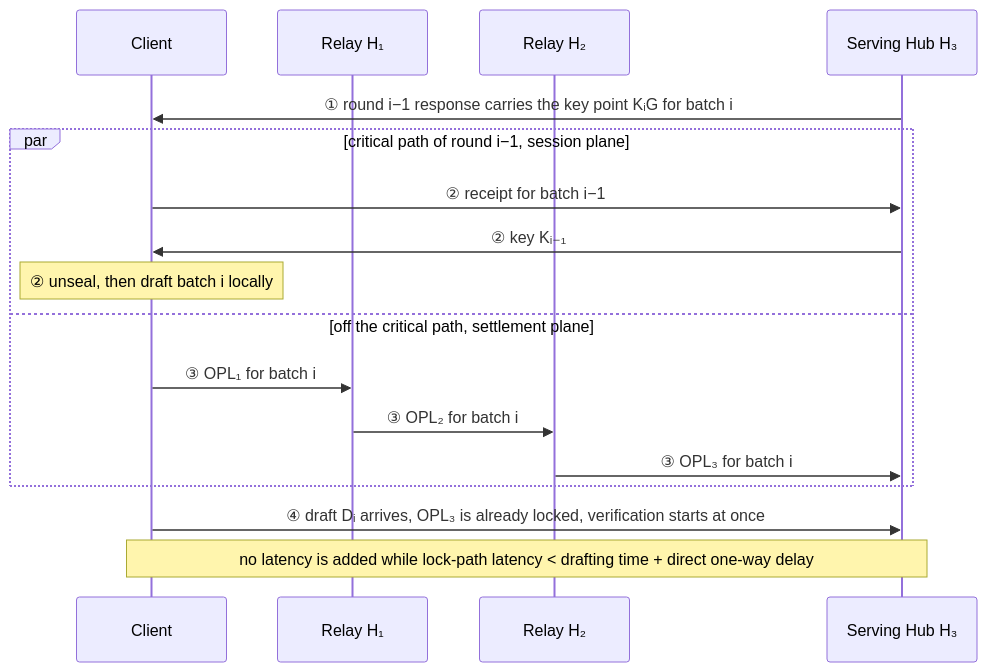
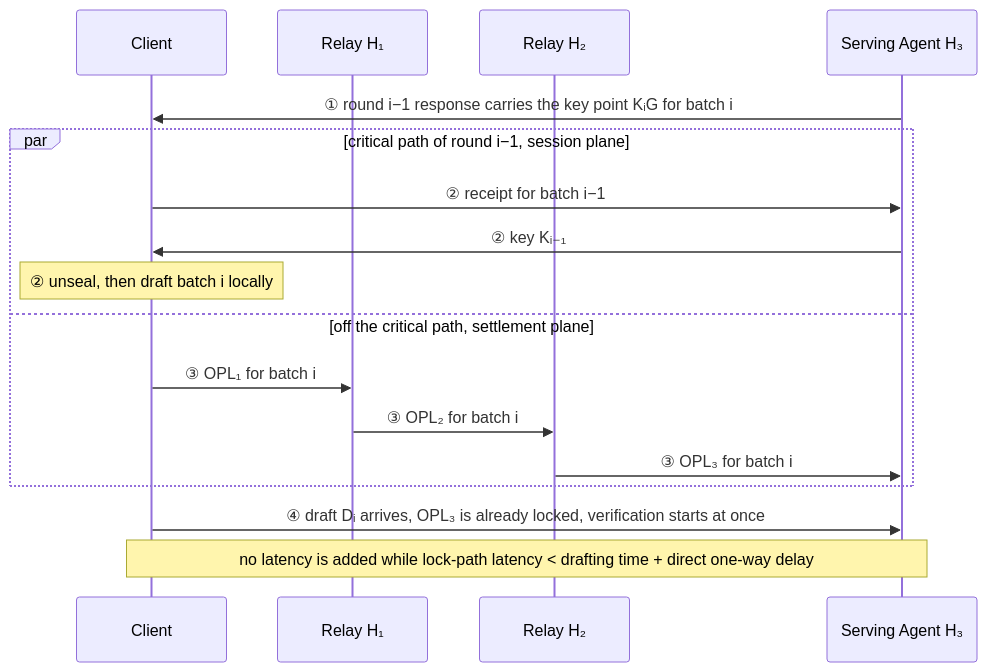
Diagram 15 of 27 in specroute_paper_draft.md (MDOmerDanish/project-idea), drawn with Mermaid before and after one commit. The commit also changed other lines of this file, not shown here.

````diff
--- a/specroute_paper_draft.md
+++ b/specroute_paper_draft.md
@@ -464,19 +466,19 @@
 ```mermaid
 sequenceDiagram
     participant C as Client
     participant H1 as Relay H₁
     participant H2 as Relay H₂
-    participant H3 as Serving Hub H₃
+    participant H3 as Serving Agent H₃
     H3->>C: ① round i−1 response carries the key point KᵢG for batch i
     par critical path of round i−1, session plane
         C->>H3: ② receipt for batch i−1
         H3->>C: ② key Kᵢ₋₁
         Note over C: ② unseal, then draft batch i locally
     and off the critical path, settlement plane
         C->>H1: ③ OPL₁ for batch i
         H1->>H2: ③ OPL₂ for batch i
         H2->>H3: ③ OPL₃ for batch i
     end
     C->>H3: ④ draft Dᵢ arrives, OPL₃ is already locked, verification starts at once
     Note over C,H3: no latency is added while lock-path latency < drafting time + direct one-way delay
 ```
````
